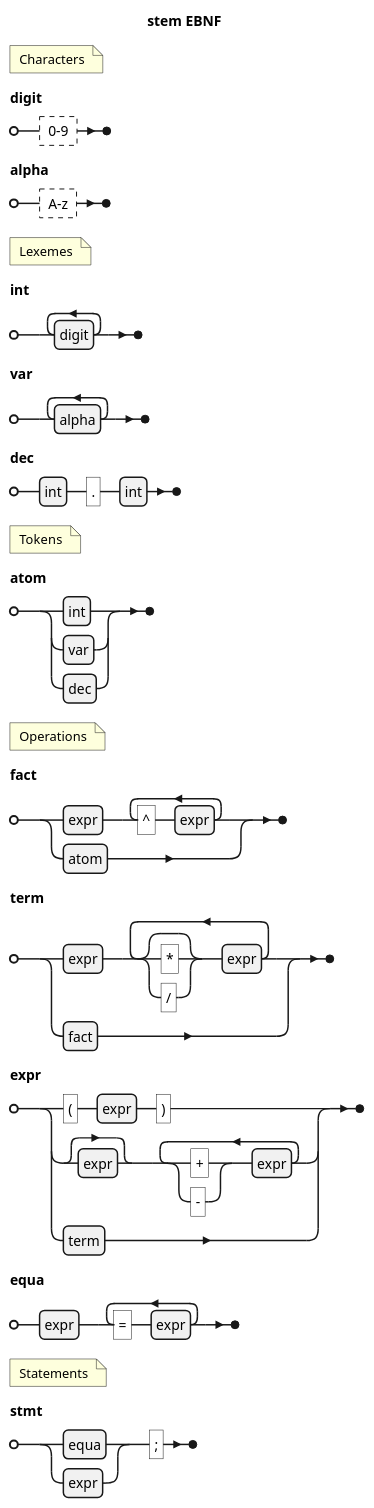
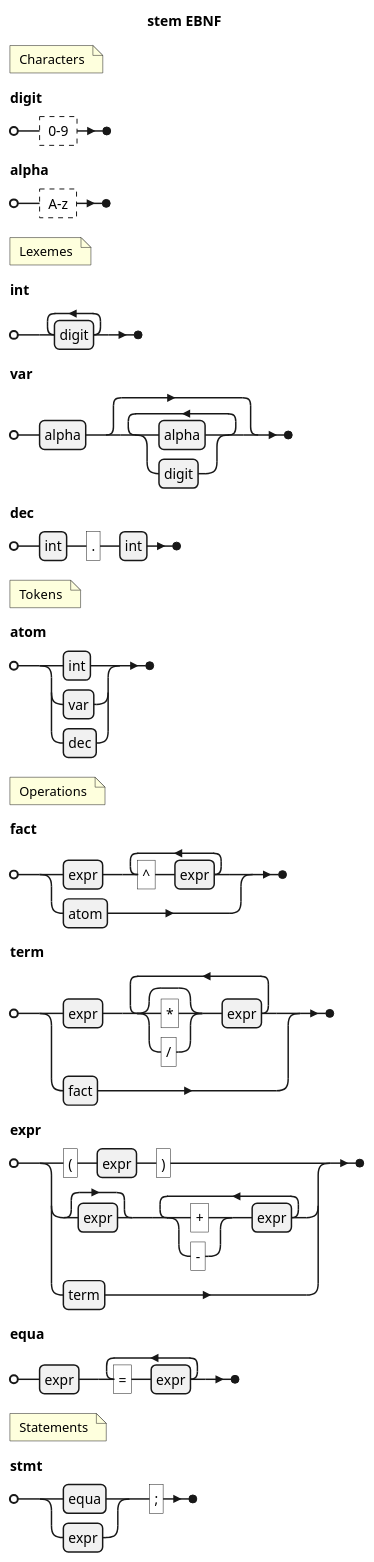
Before and after one commit to CSaintos/Mua: the diagram in .devcontainer/grammar.md, drawn with PlantUML. The commit also changed 3 other files, not shown here.

````diff
--- a/.devcontainer/grammar.md
+++ b/.devcontainer/grammar.md
@@ -3,36 +3,36 @@
 ```plantuml
 @startebnf stem EBNF
 'https://plantuml.com/ebnf
 title stem EBNF
 
 (* Characters *)
 digit = ? 0-9 ?;
 alpha = ? A-z ?;
 
 (* Lexemes *)
 int = {digit}-;
-var = {alpha}-;
+var = alpha, {alpha | digit};
 dec = int, ".", int;
 ' s_int = ["+" | "-"], int;
 ' s_var = ["+" | "-"], var;
 ' s_dec = ["+" | "-"], dec;
 
 (* Tokens *)
 ' atom = s_int | s_var | s_dec;
 atom = int | var | dec;
 
 (* Operations *)
 fact = expr, {"^", expr}-
   | atom;
 term = expr, {["*" | "/"], expr}-
   | fact;
 expr = "(", expr, ")"
   | [expr], {("+" | "-"), expr}-
   | term;
 equa = expr, {"=", expr}-;
 
 (* Statements *)
 stmt = (equa | expr), ";";
 
 @endebnf
 ```
````
